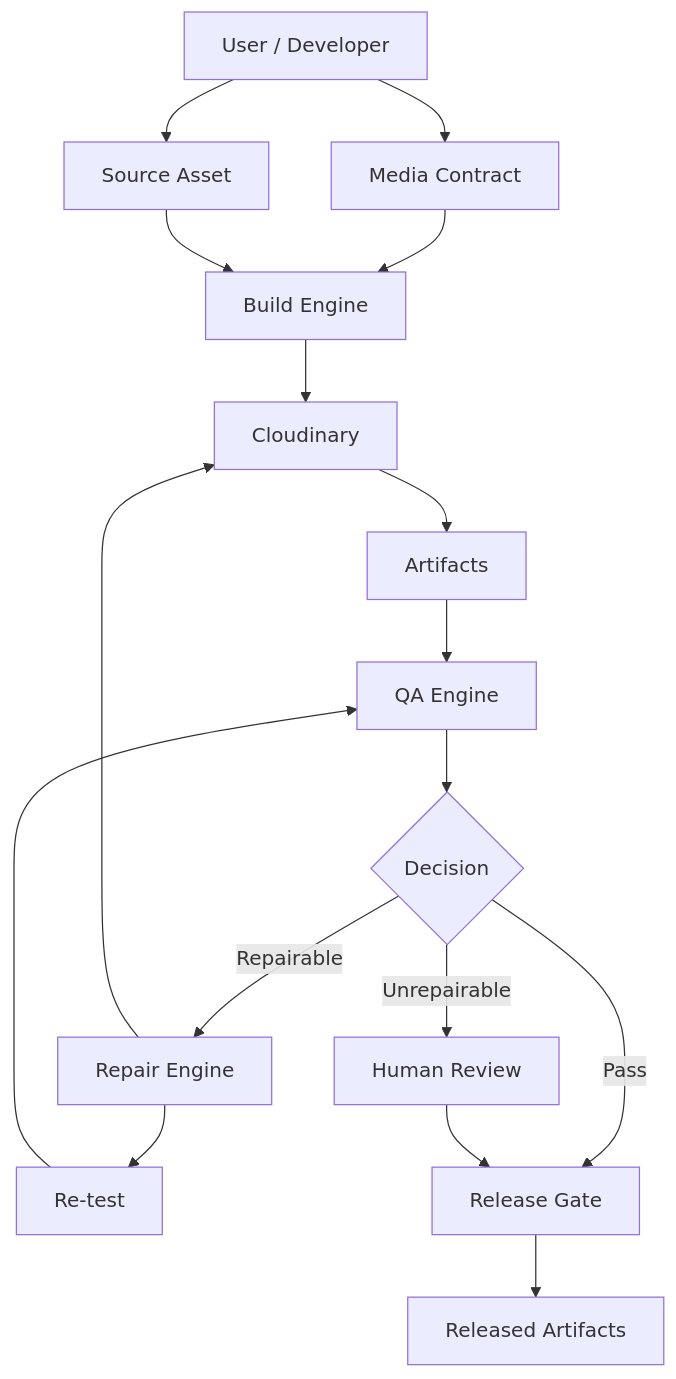
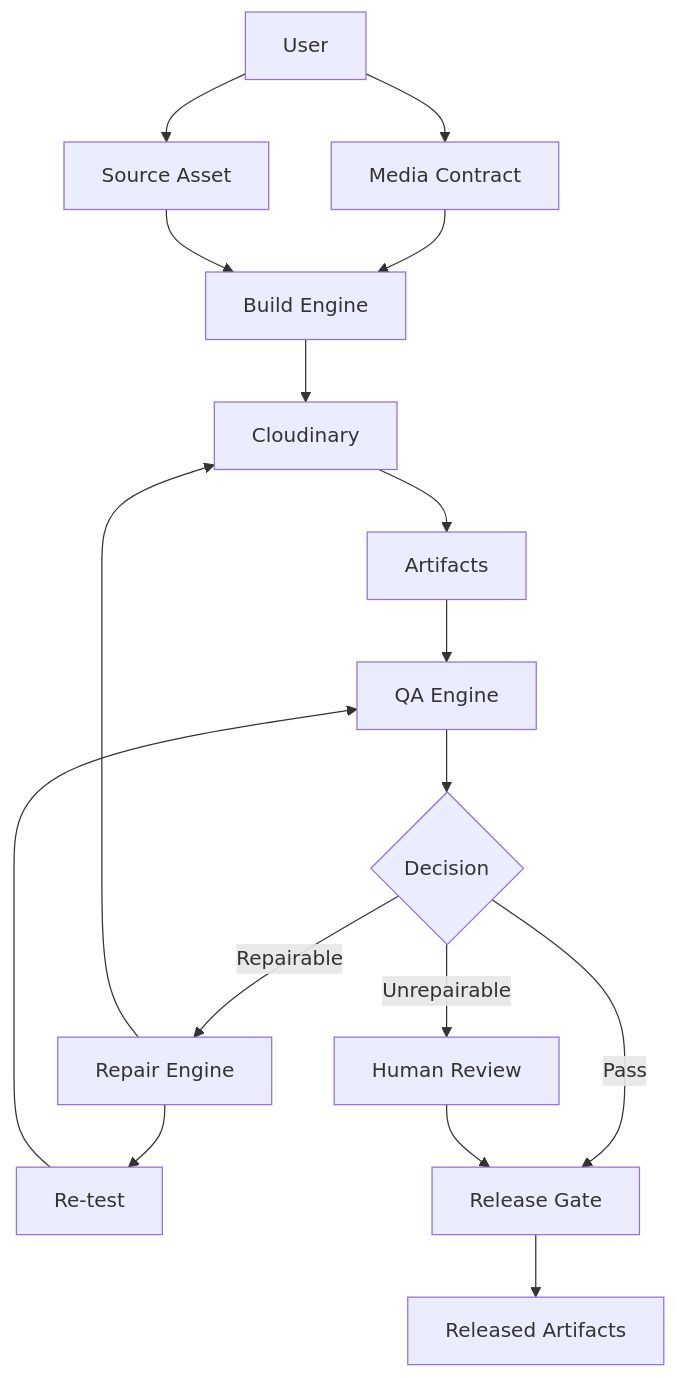
One commit to zlynv/Media-Compiler changed the diagram in README.md. Above: the diagram before and after it, drawn with Mermaid. The commit also changed other lines of this file, not shown here.

Commit message:
Docs: compact README, no em-dashes, mermaid architecture

````diff
--- a/README.md
+++ b/README.md
@@ -165,33 +47,32 @@
 ```mermaid
 flowchart TB
-    U[User / Developer]
+    U[User]
     C[Media Contract]
     S[Source Asset]
     B[Build Engine]
     CL[Cloudinary]
     A[Artifacts]
     Q[QA Engine]
     D{Decision}
     R[Repair Engine]
     V[Re-test]
     H[Human Review]
     G[Release Gate]
     L[Released Artifacts]
-
     U --> C
     U --> S
     C --> B
     S --> B
     B --> CL
     CL --> A
     A --> Q
     Q --> D
     D -->|Pass| G
     D -->|Repairable| R
     R --> CL
     R --> V
     V --> Q
     D -->|Unrepairable| H
     H --> G
     G --> L
 ```
````
